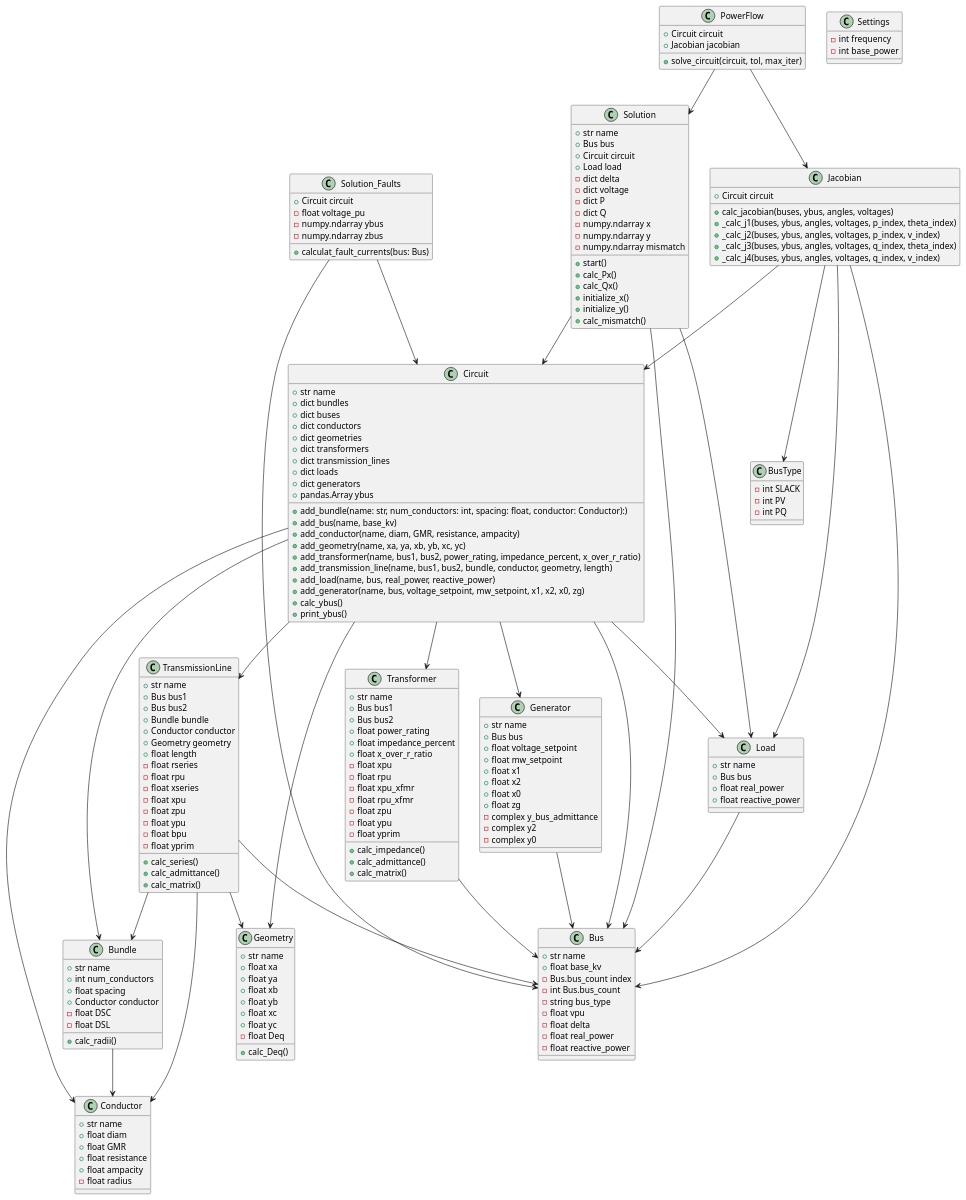
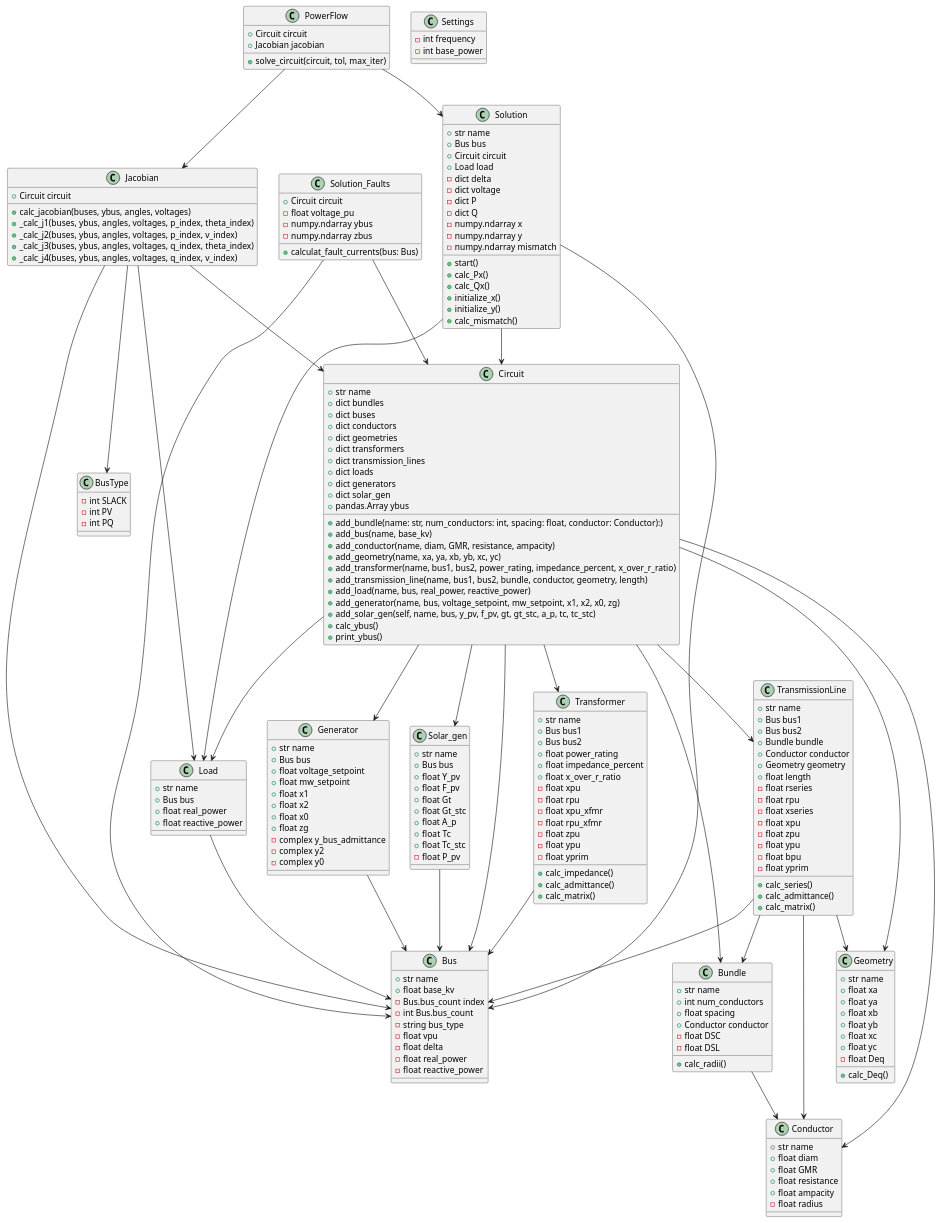
The diagram in circuit.puml (jpk102pitt/Main_Sim_improvement), drawn with PlantUML before and after one commit.

```diff
--- a/circuit.puml
+++ b/circuit.puml
@@ -9,6 +9,7 @@
     +dict transmission_lines
     +dict loads
     +dict generators
+    +dict solar_gen
     +pandas.Array ybus
 
     +add_bundle(name: str, num_conductors: int, spacing: float, conductor: Conductor):)
@@ -19,6 +20,7 @@
     +add_transmission_line(name, bus1, bus2, bundle, conductor, geometry, length)
     +add_load(name, bus, real_power, reactive_power)
     +add_generator(name, bus, voltage_setpoint, mw_setpoint, x1, x2, x0, zg)
+    +add_solar_gen(self, name, bus, y_pv, f_pv, gt, gt_stc, a_p, tc, tc_stc)
     +calc_ybus()
     +print_ybus()
 }
@@ -189,6 +191,19 @@
     +solve_circuit(circuit, tol, max_iter)    
 }
 
+class Solar_gen {
+    +str name
+    +Bus bus
+    +float Y_pv
+    +float F_pv
+    +float Gt
+    +float Gt_stc
+    +float A_p
+    +float Tc
+    +float Tc_stc
+    -float P_pv
+}
+
 Circuit --> Bundle
 Circuit --> Bus
 Circuit --> Conductor
@@ -197,6 +212,7 @@
 Circuit --> TransmissionLine
 Circuit --> Load
 Circuit --> Generator
+Circuit --> Solar_gen
 
 Bundle --> Conductor
 
@@ -210,6 +226,7 @@
 Load --> Bus
 
 Generator --> Bus
+Solar_gen --> Bus
 
 Solution --> Bus
 Solution --> Circuit
```
